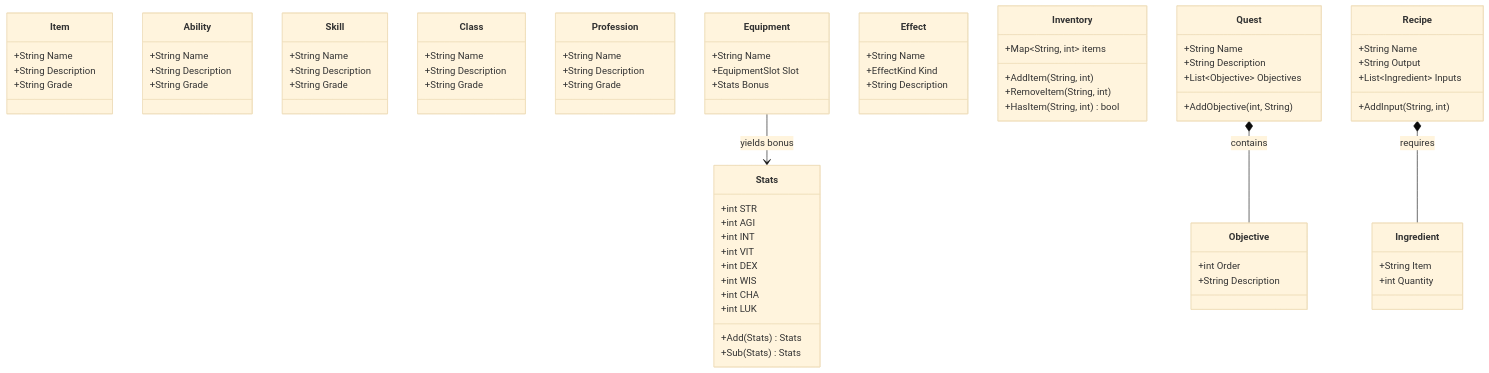
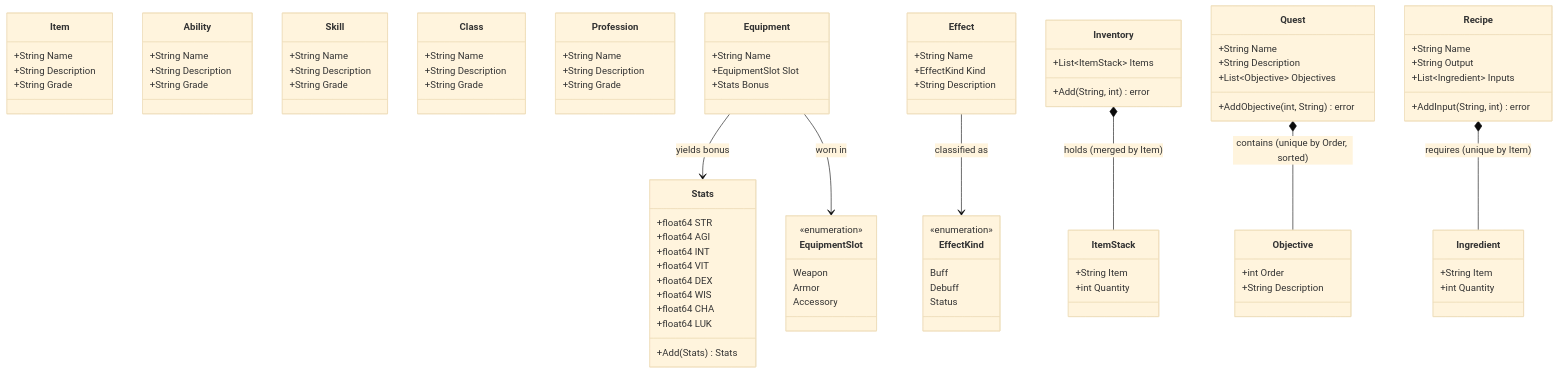
The diagram in ai/docs/diagrams/classes-domain-rpg.md (backendsouls/tge), drawn with Mermaid (base theme) before and after one commit. The commit also changed other lines of this file and 20 other files, not shown here.

````diff
--- a/ai/docs/diagrams/classes-domain-rpg.md
+++ b/ai/docs/diagrams/classes-domain-rpg.md
@@ -30,32 +33,45 @@
         +String Grade
     }
     class Stats {
-        +int STR
-        +int AGI
-        +int INT
-        +int VIT
-        +int DEX
-        +int WIS
-        +int CHA
-        +int LUK
+        +float64 STR
+        +float64 AGI
+        +float64 INT
+        +float64 VIT
+        +float64 DEX
+        +float64 WIS
+        +float64 CHA
+        +float64 LUK
         +Add(Stats) Stats
-        +Sub(Stats) Stats
+    }
+    class EquipmentSlot {
+        <<enumeration>>
+        Weapon
+        Armor
+        Accessory
     }
     class Equipment {
         +String Name
         +EquipmentSlot Slot
         +Stats Bonus
     }
+    class EffectKind {
+        <<enumeration>>
+        Buff
+        Debuff
+        Status
+    }
     class Effect {
         +String Name
         +EffectKind Kind
         +String Description
     }
+    class ItemStack {
+        +String Item
+        +int Quantity
+    }
     class Inventory {
-        +Map~String, int~ items
-        +AddItem(String, int)
-        +RemoveItem(String, int)
-        +HasItem(String, int) bool
+        +List~ItemStack~ Items
+        +Add(String, int) error
     }
     class Objective {
         +int Order
@@ -65,7 +81,7 @@
         +String Name
         +String Description
         +List~Objective~ Objectives
-        +AddObjective(int, String)
+        +AddObjective(int, String) error
     }
     class Ingredient {
         +String Item
@@ -75,10 +91,13 @@
         +String Name
         +String Output
         +List~Ingredient~ Inputs
-        +AddInput(String, int)
+        +AddInput(String, int) error
     }
 
-    Quest *-- Objective : contains
-    Recipe *-- Ingredient : requires
+    Quest *-- Objective : contains (unique by Order, sorted)
+    Recipe *-- Ingredient : requires (unique by Item)
+    Inventory *-- ItemStack : holds (merged by Item)
     Equipment --> Stats : yields bonus
+    Equipment --> EquipmentSlot : worn in
+    Effect --> EffectKind : classified as
 ```
````
